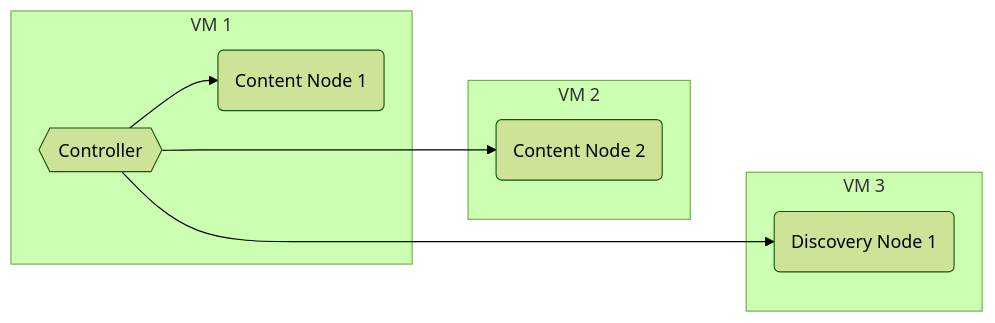
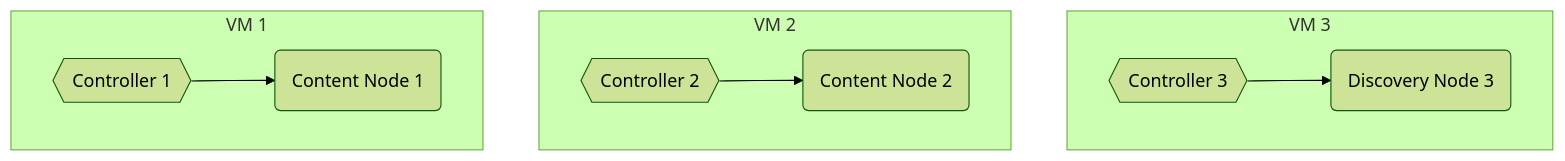
Before and after one commit to AudiusProject/audius-protocol: the second of 4 diagrams in docs/docs/node-operator/setup/advanced.mdx, drawn with Mermaid (forest theme). The commit also changed other lines of this file, not shown here.

Commit message:
updated diagrams

````diff
--- a/docs/docs/node-operator/setup/advanced.mdx
+++ b/docs/docs/node-operator/setup/advanced.mdx
@@ -70,17 +71,14 @@
 ```mermaid
-  flowchart LR
+  flowchart TD
     subgraph VM 3
-    C(Discovery Node 1);
+    Z2{{Controller 3}}-->C(Discovery Node 3);
     end
 
     subgraph VM 2
-    B(Content Node 2);
+    Z3{{Controller 2}}-->B(Content Node 2);
     end
 
     subgraph VM 1
-    Z{{Controller}}-->A(Content Node 1);
+    Z1{{Controller 1}}-->A(Content Node 1);
     end
-
-    Z--->B
-    Z---->C
 ```
````
